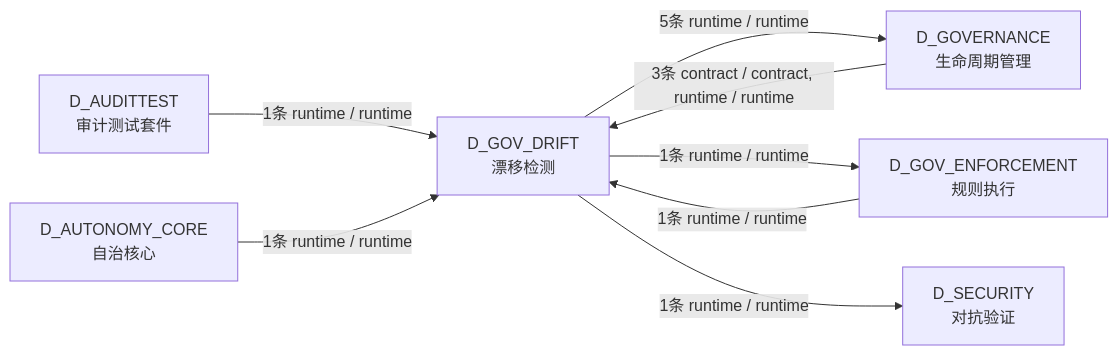
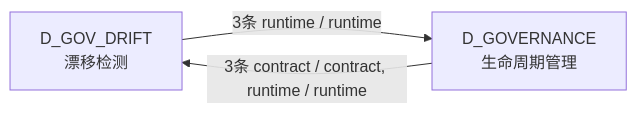
One commit to xuanFelixVan/ZephyrAlpha changed the third of 3 diagrams in docs/02_enterprise_architecture/02_domain_architecture_docs/34_d_gov_drift.md. Above: the diagram before and after it, drawn with Mermaid. The commit also changed other lines of this file and 100 other files, not shown here.

````diff
--- a/docs/02_enterprise_architecture/02_domain_architecture_docs/34_d_gov_drift.md
+++ b/docs/02_enterprise_architecture/02_domain_architecture_docs/34_d_gov_drift.md
@@ -173,16 +142,7 @@
 ```mermaid
 graph LR
     D_GOV_DRIFT["D_GOV_DRIFT<br/>漂移检测"]
     D_GOVERNANCE["D_GOVERNANCE<br/>生命周期管理"]
-    D_GOV_ENFORCEMENT["D_GOV_ENFORCEMENT<br/>规则执行"]
-    D_SECURITY["D_SECURITY<br/>对抗验证"]
-    D_AUDITTEST["D_AUDITTEST<br/>审计测试套件"]
-    D_AUTONOMY_CORE["D_AUTONOMY_CORE<br/>自治核心"]
-    D_GOV_DRIFT -->|5条 runtime / runtime| D_GOVERNANCE
-    D_GOV_DRIFT -->|1条 runtime / runtime| D_GOV_ENFORCEMENT
-    D_GOV_DRIFT -->|1条 runtime / runtime| D_SECURITY
+    D_GOV_DRIFT -->|3条 runtime / runtime| D_GOVERNANCE
     D_GOVERNANCE -->|3条 contract / contract, runtime / runtime| D_GOV_DRIFT
-    D_AUDITTEST -->|1条 runtime / runtime| D_GOV_DRIFT
-    D_AUTONOMY_CORE -->|1条 runtime / runtime| D_GOV_DRIFT
-    D_GOV_ENFORCEMENT -->|1条 runtime / runtime| D_GOV_DRIFT
 ```
````
